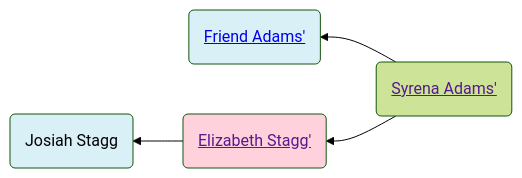
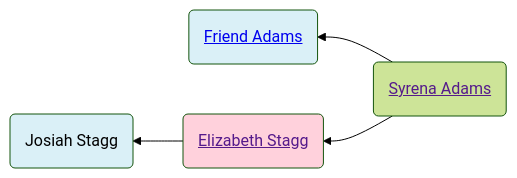
The first of 2 diagrams in familyhistory/sources/people/Merrill-line/White-line/Syrena_Adams.qmd (neelsmith/avocational), drawn with Mermaid (forest theme) before and after one commit. The commit also changed other lines of this file and 96 other files, not shown here.

````diff
--- a/familyhistory/sources/people/Merrill-line/White-line/Syrena_Adams.qmd
+++ b/familyhistory/sources/people/Merrill-line/White-line/Syrena_Adams.qmd
@@ -26,14 +26,14 @@
 ```{mermaid}
 graph RL
 %% RL ancestor diagram
-Syrena_Adams(<a href=''>Syrena Adams'</>) -->  Friend_Adams(<a href='./Friend_Adams.html'>Friend Adams'</>)
+Syrena_Adams(<a href=''>Syrena Adams</a>) -->  Friend_Adams(<a href='./Friend_Adams.html'>Friend Adams</a>)
 class Friend_Adams father
-Syrena_Adams(<a href=''>Syrena Adams'</>)  --> Elizabeth_Stagg(<a href='./Elizabeth_Stagg.html'>Elizabeth Stagg'</>)
-Elizabeth_Stagg(<a href=''>Elizabeth Stagg'</>) -->  Josiah_Stagg(Josiah Stagg)
+Syrena_Adams(<a href=''>Syrena Adams</a>)  --> Elizabeth_Stagg(<a href='./Elizabeth_Stagg.html'>Elizabeth Stagg</a>)
+Elizabeth_Stagg(<a href=''>Elizabeth Stagg</a>) -->  Josiah_Stagg(Josiah Stagg)
 class Josiah_Stagg father
 class Elizabeth_Stagg mother
 classDef mother fill:#ffd1dc
 classDef father fill:#daf0f7  
 classDef marriage fill:#ffffff
 
 ```
````
